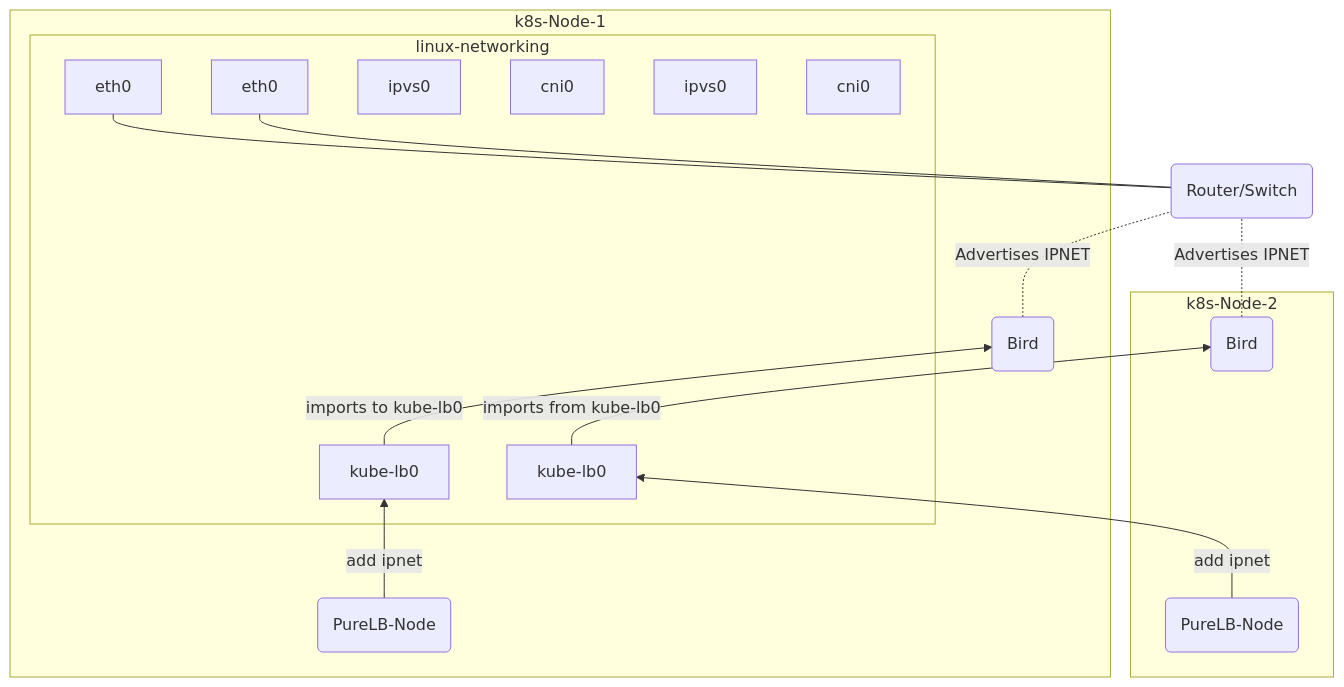
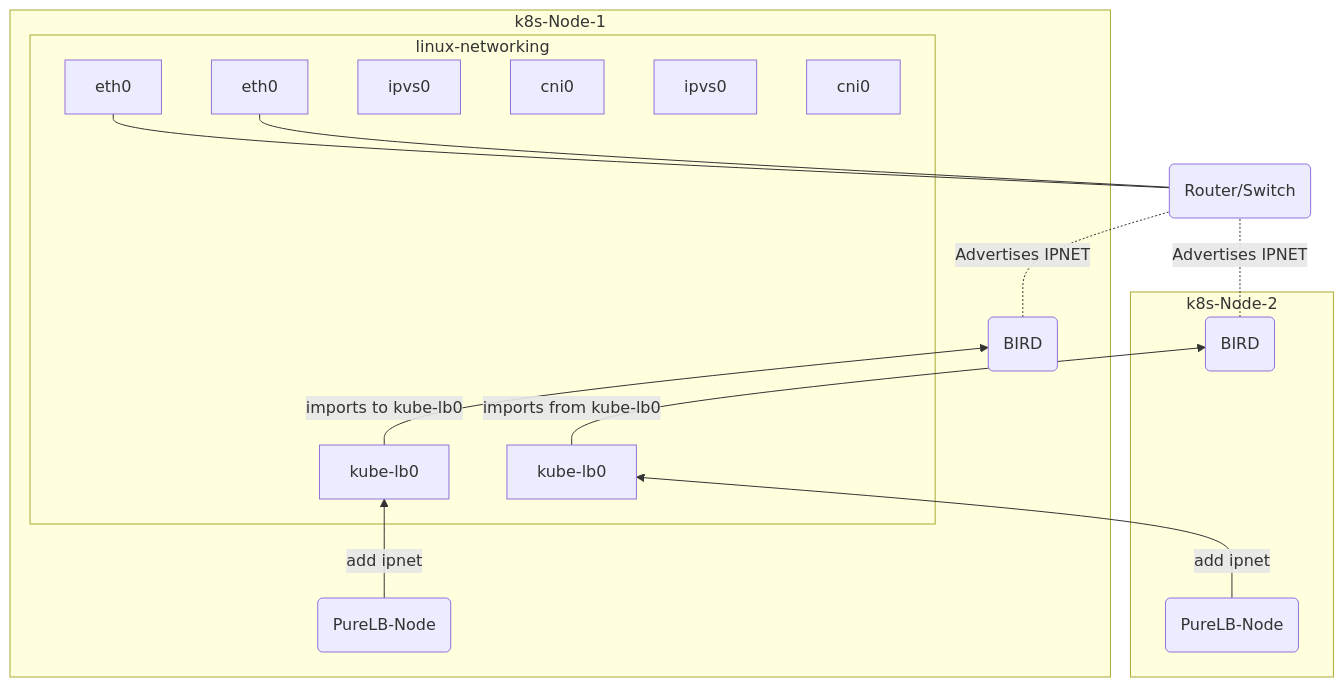
Before and after one commit to purelb/purelb: the diagram in website/content/how_it_works/routers/_index.md, drawn with Mermaid. The commit also changed other lines of this file and 8 other files, not shown here.

```diff
--- a/website/content/how_it_works/routers/_index.md
+++ b/website/content/how_it_works/routers/_index.md
@@ -12,39 +12,39 @@
 {{<mermaid align="center">}}
 
   graph BT;
-    
+
     A(Router/Switch);
     A---C4;
     A---D4;
     C3-.-|Advertises IPNET|A;
     D3-.-|Advertises IPNET|A;
     subgraph k8s-Node-1
       C1-->|add ipnet|C2;
       C2-->|imports to kube-lb0|C3;
-      C1(PureLB-Node);  
-      C3(Bird);
+      C1(PureLB-Node);
+      C3(BIRD);
       subgraph linux-networking
          C4[eth0];
          C2[kube-lb0];
          C5[ipvs0];
          C6[cni0];
       end
     end
     subgraph k8s-Node-2
       D1-->|add ipnet|D2;
       D2-->|imports from kube-lb0|D3;
       D1(PureLB-Node);
-      
-      D3(Bird);
-     
+
+      D3(BIRD);
+
       subgraph linux-networking
          D4[eth0];
          D2[kube-lb0];
          D5[ipvs0];
          D6[cni0];
 
       end
     end
-   
+
 
 {{</mermaid>}}
```
